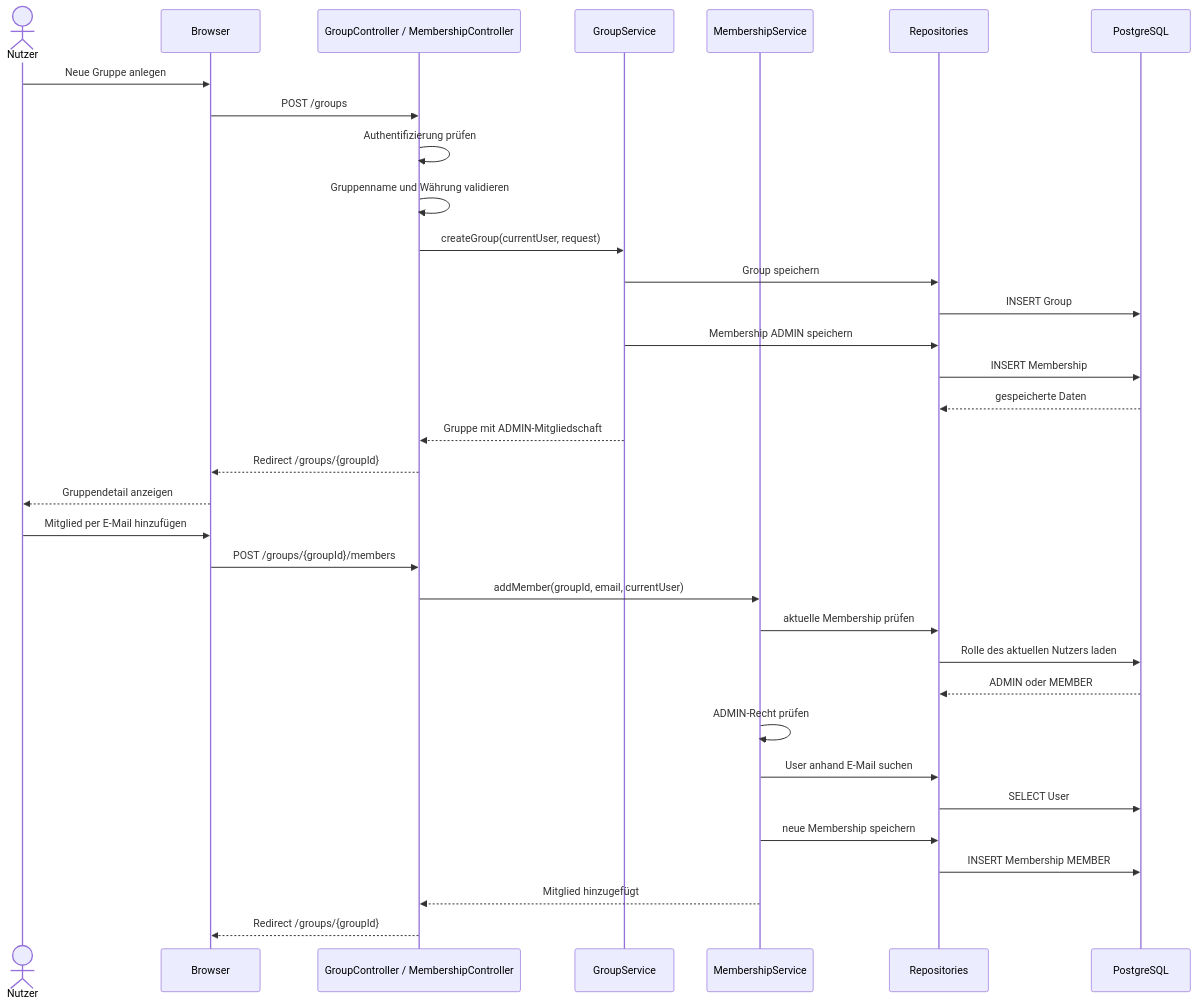
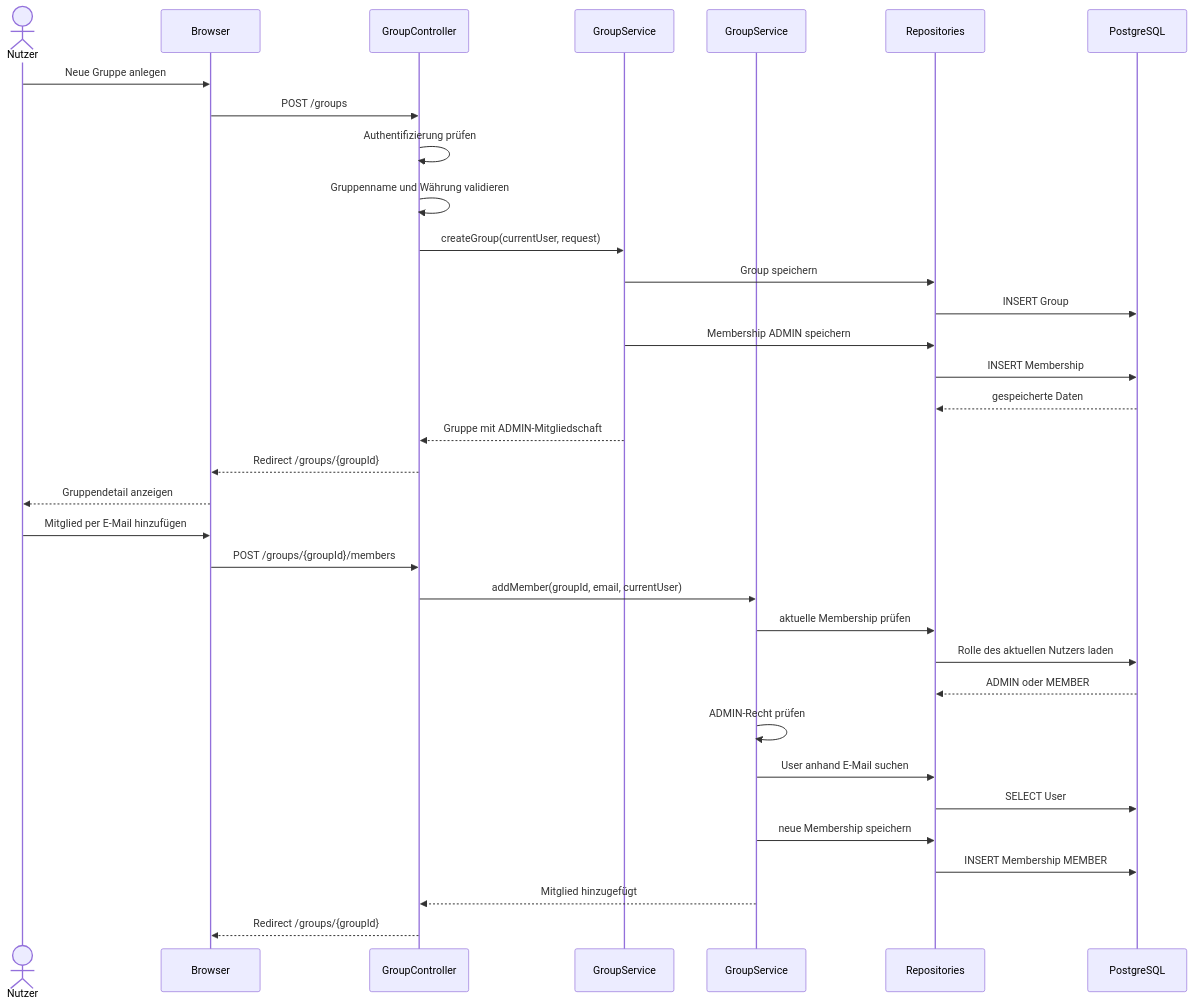
The third of 10 diagrams in Architektur/A06-runtime-view.md (Bunyamin0101/WK_1106_CampusSplit), drawn with Mermaid before and after one commit. The commit also changed other lines of this file, not shown here.

````diff
--- a/Architektur/A06-runtime-view.md
+++ b/Architektur/A06-runtime-view.md
@@ -121,38 +121,38 @@
 ```mermaid
 sequenceDiagram
     actor Nutzer
     participant Browser
-    participant Controller as GroupController / MembershipController
+    participant Controller as GroupController
     participant GroupSvc as GroupService
-    participant MemberSvc as MembershipService
+    participant MemberSvc as GroupService
     participant Repo as Repositories
     participant DB as PostgreSQL
 
     Nutzer->>Browser: Neue Gruppe anlegen
     Browser->>Controller: POST /groups
     Controller->>Controller: Authentifizierung prüfen
     Controller->>Controller: Gruppenname und Währung validieren
     Controller->>GroupSvc: createGroup(currentUser, request)
     GroupSvc->>Repo: Group speichern
     Repo->>DB: INSERT Group
     GroupSvc->>Repo: Membership ADMIN speichern
     Repo->>DB: INSERT Membership
     DB-->>Repo: gespeicherte Daten
     GroupSvc-->>Controller: Gruppe mit ADMIN-Mitgliedschaft
     Controller-->>Browser: Redirect /groups/{groupId}
     Browser-->>Nutzer: Gruppendetail anzeigen
 
     Nutzer->>Browser: Mitglied per E-Mail hinzufügen
     Browser->>Controller: POST /groups/{groupId}/members
     Controller->>MemberSvc: addMember(groupId, email, currentUser)
     MemberSvc->>Repo: aktuelle Membership prüfen
     Repo->>DB: Rolle des aktuellen Nutzers laden
     DB-->>Repo: ADMIN oder MEMBER
     MemberSvc->>MemberSvc: ADMIN-Recht prüfen
     MemberSvc->>Repo: User anhand E-Mail suchen
     Repo->>DB: SELECT User
     MemberSvc->>Repo: neue Membership speichern
     Repo->>DB: INSERT Membership MEMBER
     MemberSvc-->>Controller: Mitglied hinzugefügt
     Controller-->>Browser: Redirect /groups/{groupId}
 ```
````
